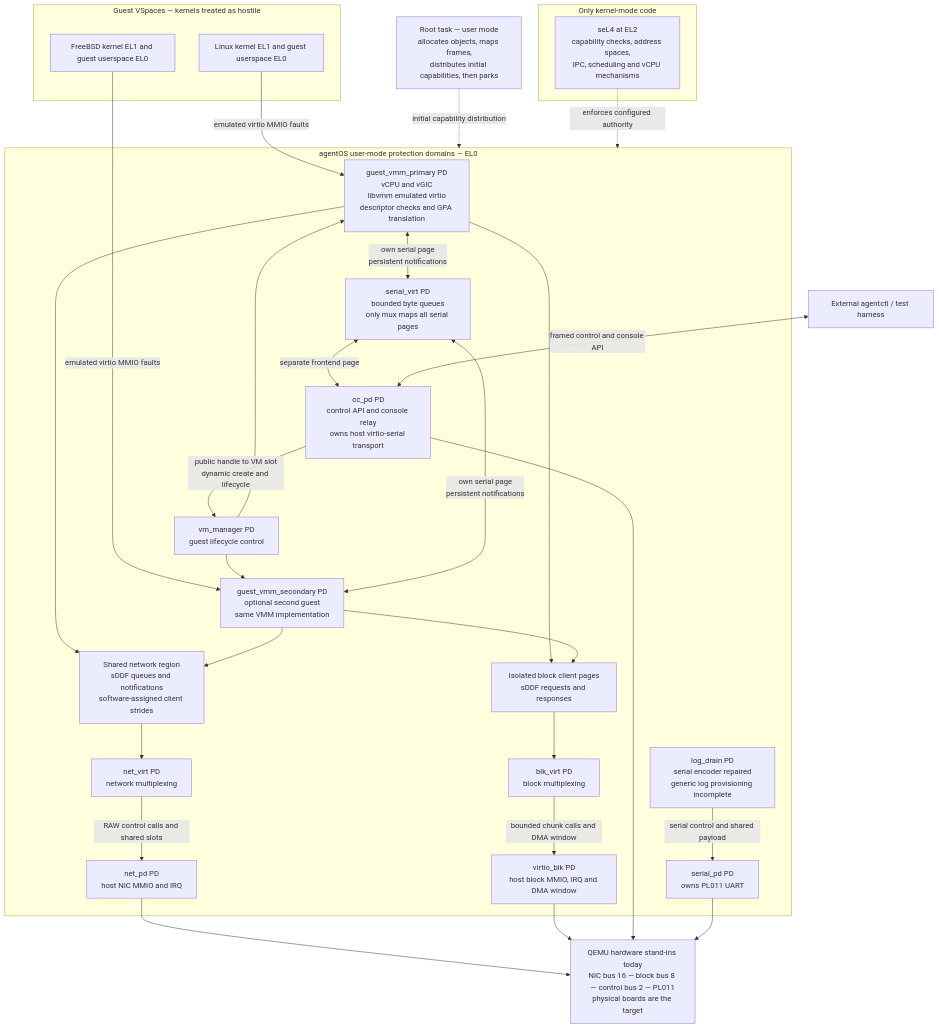
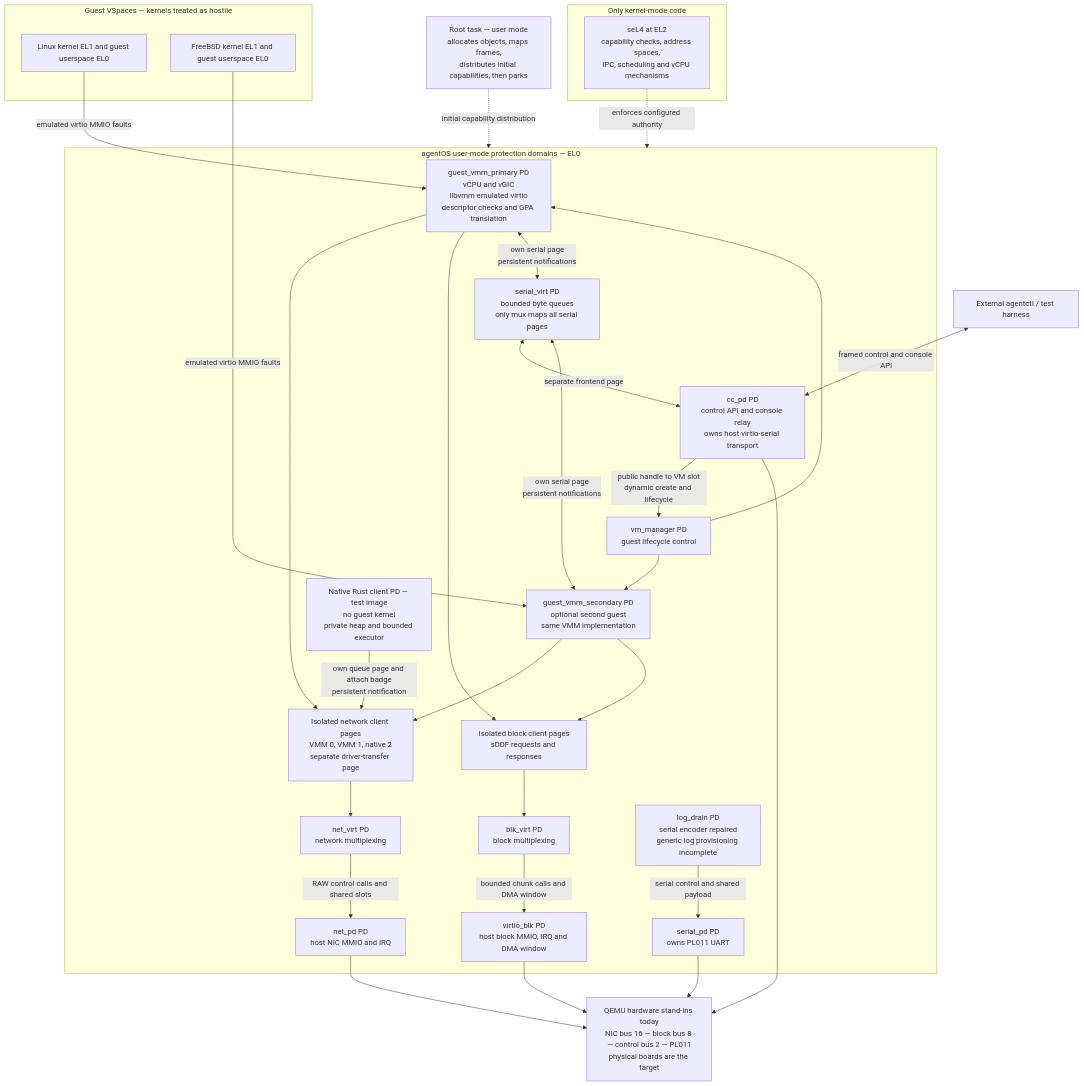
The first of 2 diagrams in docs/security-architecture.md (jordanhubbard/agentos), drawn with Mermaid before and after one commit. The commit also changed other lines of this file and 2 other files, not shown here.

First line of the commit message:
docs: show qualified native clients in security architecture

````diff
--- a/docs/security-architecture.md
+++ b/docs/security-architecture.md
@@ -15,52 +16,54 @@
 ```mermaid
 flowchart TB
   subgraph guests[Guest VSpaces — kernels treated as hostile]
     linux[Linux kernel EL1 and guest userspace EL0]
     freebsd[FreeBSD kernel EL1 and guest userspace EL0]
   end
   subgraph userspace[agentOS user-mode protection domains — EL0]
     primary[guest_vmm_primary PD<br/>vCPU and vGIC<br/>libvmm emulated virtio<br/>descriptor checks and GPA translation]
     secondary[guest_vmm_secondary PD<br/>optional second guest<br/>same VMM implementation]
-    netq[Shared network region<br/>sDDF queues and notifications<br/>software-assigned client strides]
+    native[Native Rust client PD — test image<br/>no guest kernel<br/>private heap and bounded executor]
+    netq[Isolated network client pages<br/>VMM 0, VMM 1, native 2<br/>separate driver-transfer page]
     blkq[Isolated block client pages<br/>sDDF requests and responses]
     nv[net_virt PD<br/>network multiplexing]
     bv[blk_virt PD<br/>block multiplexing]
     sv[serial_virt PD<br/>bounded byte queues<br/>only mux maps all serial pages]
     nd[net_pd PD<br/>host NIC MMIO and IRQ]
     bd[virtio_blk PD<br/>host block MMIO, IRQ and DMA window]
     cc[cc_pd PD<br/>control API and console relay<br/>owns host virtio-serial transport]
     manager[vm_manager PD<br/>guest lifecycle control]
     serial[serial_pd PD<br/>owns PL011 UART]
     logs[log_drain PD<br/>serial encoder repaired<br/>generic log provisioning incomplete]
   end
   subgraph kernel[Only kernel-mode code]
     sel4[seL4 at EL2<br/>capability checks, address spaces,<br/>IPC, scheduling and vCPU mechanisms]
   end
   root[Root task — user mode<br/>allocates objects, maps frames,<br/>distributes initial capabilities, then parks]
   hardware[QEMU hardware stand-ins today<br/>NIC bus 16 — block bus 8 — control bus 2 — PL011<br/>physical boards are the target]
   operator[External agentctl / test harness]
   linux -->|emulated virtio MMIO faults| primary
   freebsd -->|emulated virtio MMIO faults| secondary
   primary --> netq
   secondary --> netq
+  native -->|own queue page and attach badge<br/>persistent notification| netq
   primary --> blkq
   secondary --> blkq
   netq --> nv
   blkq --> bv
   nv -->|RAW control calls and shared slots| nd
   bv -->|bounded chunk calls and DMA window| bd
   primary <-->|own serial page<br/>persistent notifications| sv
   secondary <-->|own serial page<br/>persistent notifications| sv
   sv <-->|separate frontend page| cc
   operator <-->|framed control and console API| cc
   cc -->|public handle to VM slot<br/>dynamic create and lifecycle| manager
   manager --> primary
   manager --> secondary
   logs -->|serial control and shared payload| serial
   nd --> hardware
   bd --> hardware
   cc --> hardware
   serial --> hardware
   root -.->|initial capability distribution| userspace
   sel4 -.->|enforces configured authority| userspace
 ```
````
